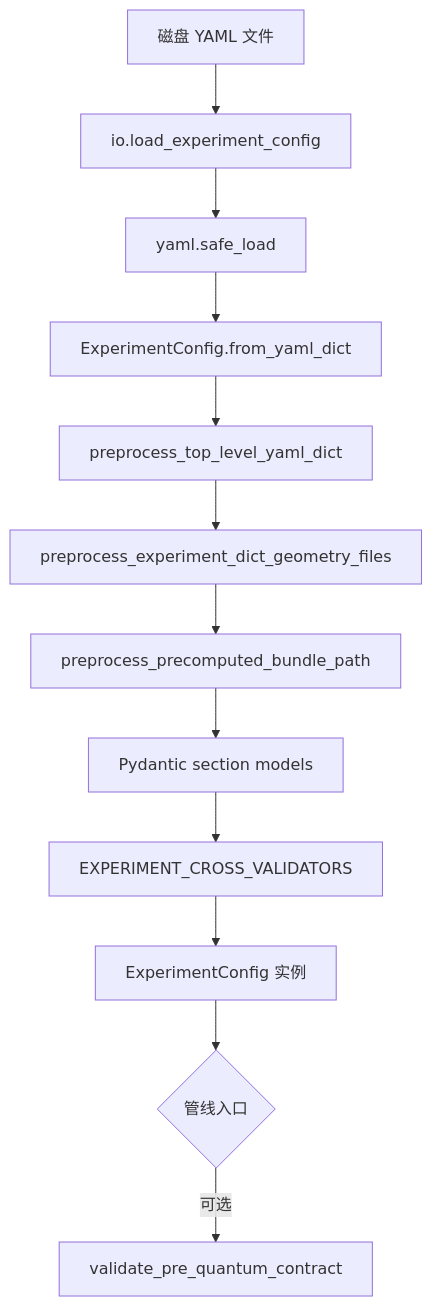
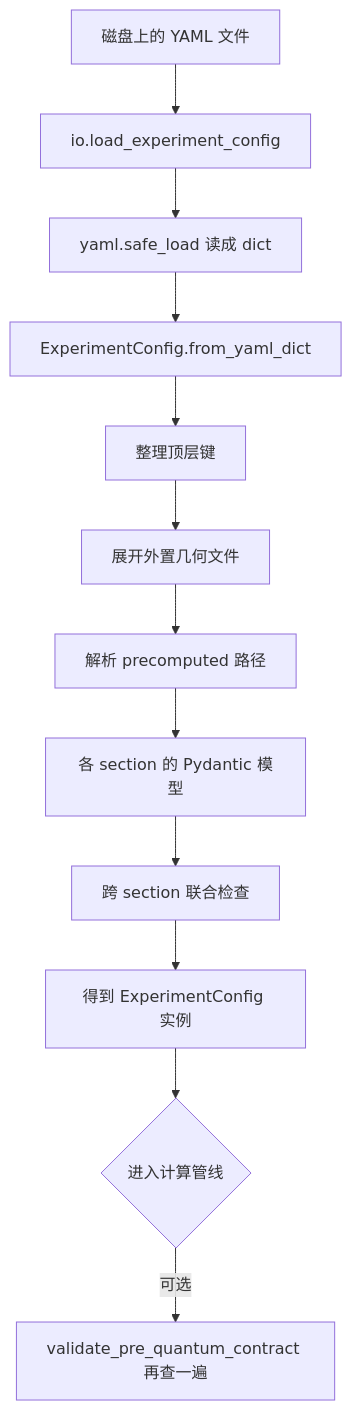
The diagram in docs/说明_config模块技术参考手册.md (sunhl4/qcchem-qml-md), drawn with Mermaid before and after one commit. The commit also changed other lines of this file and 62 other files, not shown here.

````diff
--- a/docs/说明_config模块技术参考手册.md
+++ b/docs/说明_config模块技术参考手册.md
@@ -109,14 +133,14 @@
 ```mermaid
 flowchart TD
-  A[磁盘 YAML 文件] --> B[io.load_experiment_config]
-  B --> C[yaml.safe_load]
+  A[磁盘上的 YAML 文件] --> B[io.load_experiment_config]
+  B --> C[yaml.safe_load 读成 dict]
   C --> D[ExperimentConfig.from_yaml_dict]
-  D --> E[preprocess_top_level_yaml_dict]
-  E --> F[preprocess_experiment_dict_geometry_files]
-  F --> G[preprocess_precomputed_bundle_path]
-  G --> H[Pydantic section models]
-  H --> I[EXPERIMENT_CROSS_VALIDATORS]
-  I --> J[ExperimentConfig 实例]
-  J --> K{管线入口}
-  K -->|可选| L[validate_pre_quantum_contract]
+  D --> E[整理顶层键]
+  E --> F[展开外置几何文件]
+  F --> G[解析 precomputed 路径]
+  G --> H[各 section 的 Pydantic 模型]
+  H --> I[跨 section 联合检查]
+  I --> J[得到 ExperimentConfig 实例]
+  J --> K{进入计算管线}
+  K -->|可选| L[validate_pre_quantum_contract 再查一遍]
 ```
````
